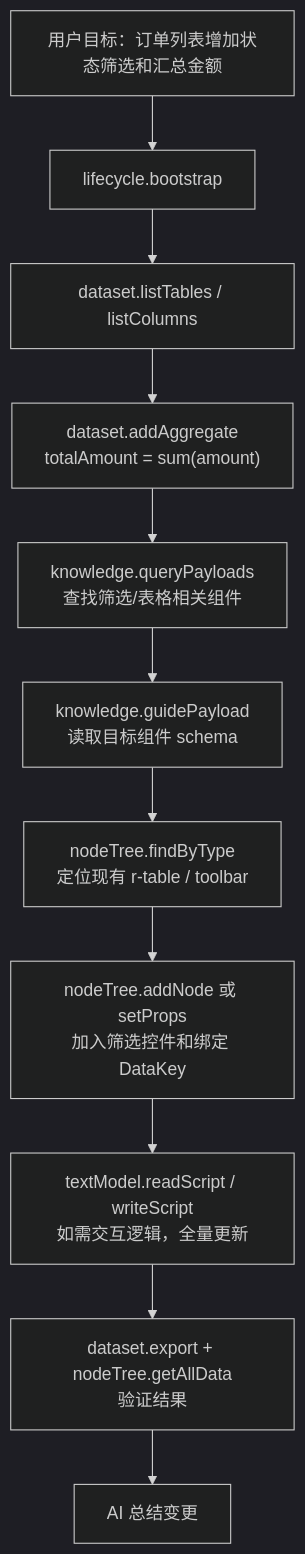
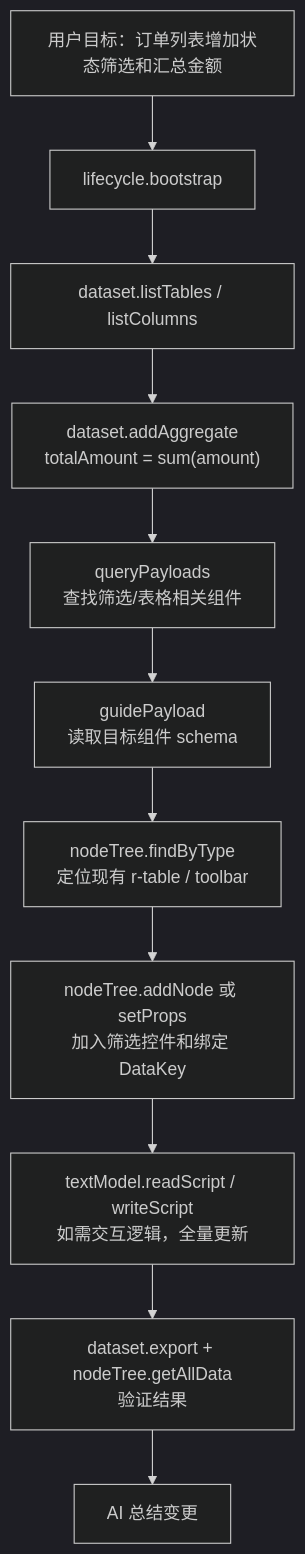
Diagram 14 of 14 in docs/ai/AI_DETAILED_DESIGN_AND_IMPLEMENTATION_CHAIN.md (LMSpark/spark-view-vue), drawn with Mermaid (dark theme) before and after one commit. The commit also changed other lines of this file and 56 other files, not shown here.

Commit message:
feat: unify AI core protocol and simplify chat panel architecture

````diff
--- a/docs/ai/AI_DETAILED_DESIGN_AND_IMPLEMENTATION_CHAIN.md
+++ b/docs/ai/AI_DETAILED_DESIGN_AND_IMPLEMENTATION_CHAIN.md
@@ -532,16 +532,16 @@
 ```mermaid
 flowchart TB
   A["用户目标：订单列表增加状态筛选和汇总金额"]
   B["lifecycle.bootstrap"]
   C["dataset.listTables / listColumns"]
   D["dataset.addAggregate<br/>totalAmount = sum(amount)"]
-  E["knowledge.queryPayloads<br/>查找筛选/表格相关组件"]
-  F["knowledge.guidePayload<br/>读取目标组件 schema"]
+  E["queryPayloads<br/>查找筛选/表格相关组件"]
+  F["guidePayload<br/>读取目标组件 schema"]
   G["nodeTree.findByType<br/>定位现有 r-table / toolbar"]
   H["nodeTree.addNode 或 setProps<br/>加入筛选控件和绑定 DataKey"]
   I["textModel.readScript / writeScript<br/>如需交互逻辑，全量更新"]
   J["dataset.export + nodeTree.getAllData<br/>验证结果"]
   K["AI 总结变更"]
 
   A --> B --> C --> D --> E --> F --> G --> H --> I --> J --> K
 ```
````
